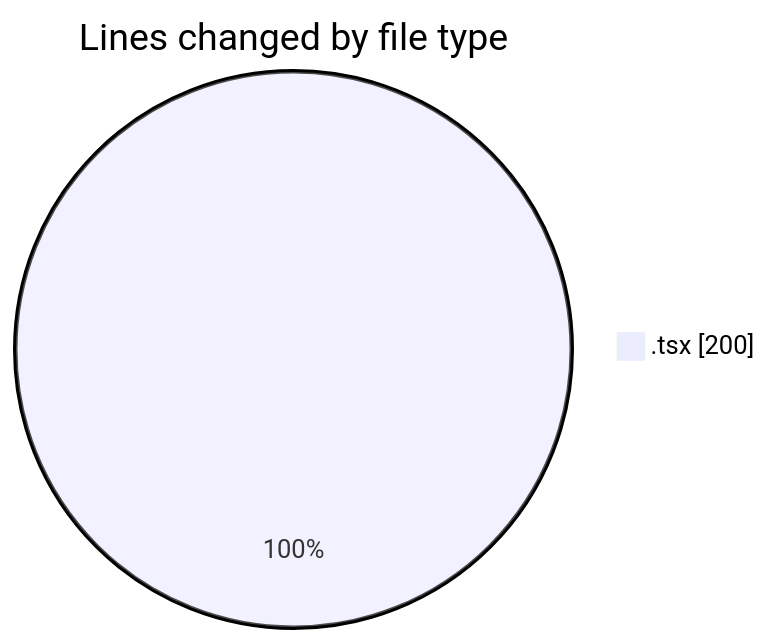
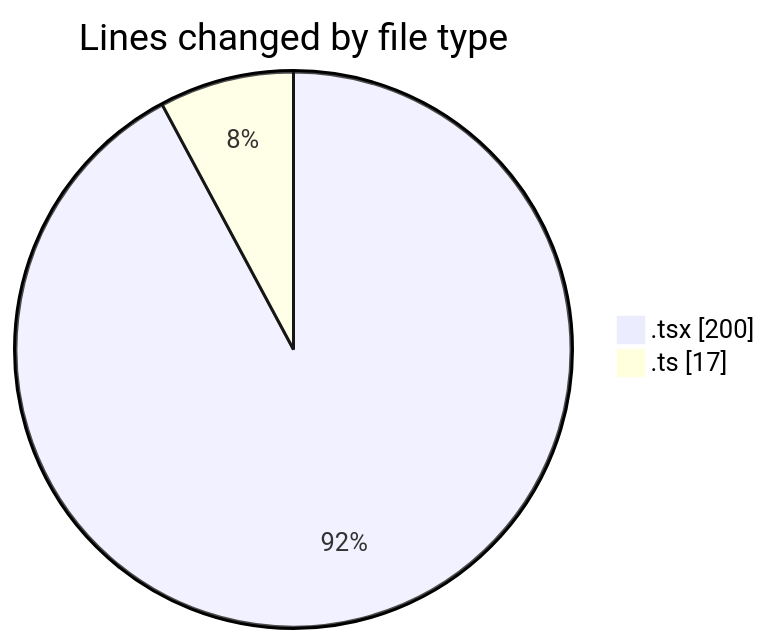
Before and after one commit to nxtqubesakshisongat/code-tracking: the first of 2 diagrams in 2026-04-13/airfeed-analytics-dashboard/README.md, drawn with Mermaid. The commit also changed other lines of this file and 1 other file, not shown here.

````diff
--- a/2026-04-13/airfeed-analytics-dashboard/README.md
+++ b/2026-04-13/airfeed-analytics-dashboard/README.md
@@ -21,5 +22,6 @@
 ```mermaid
 pie showData
 title Lines changed by file type
 ".tsx" : 200
+".ts" : 17
 ```
````
